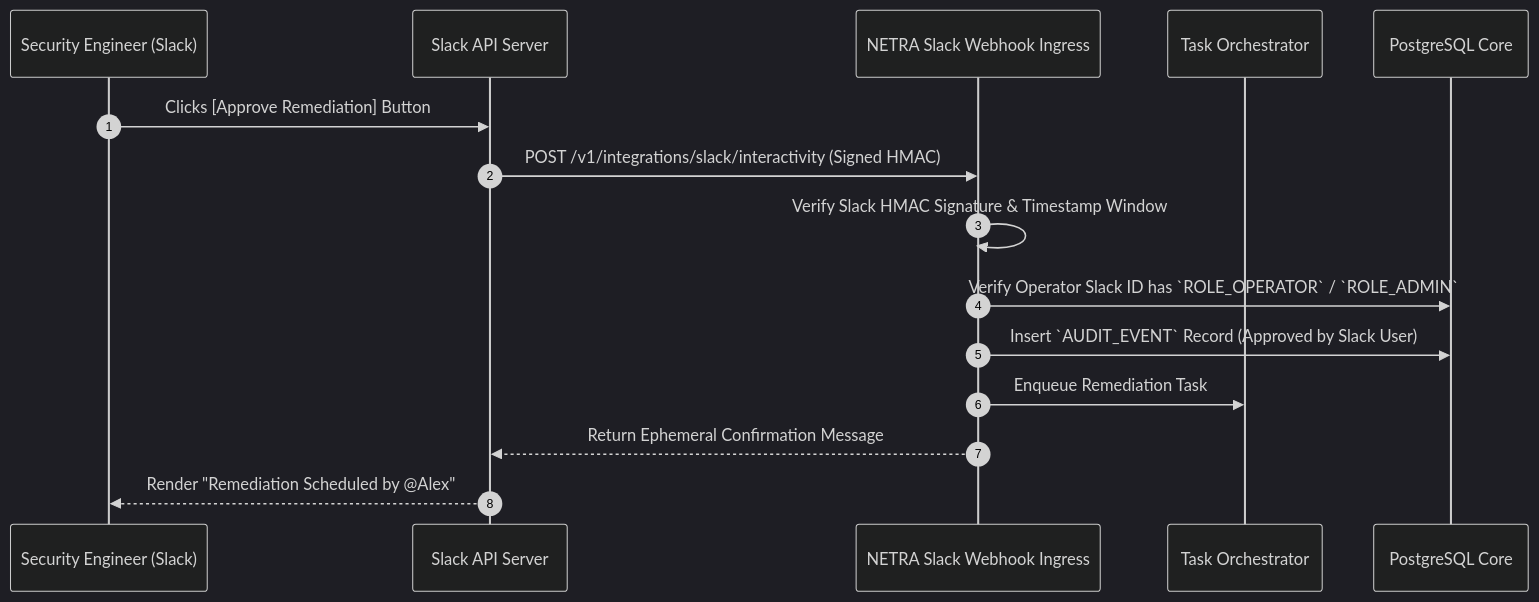
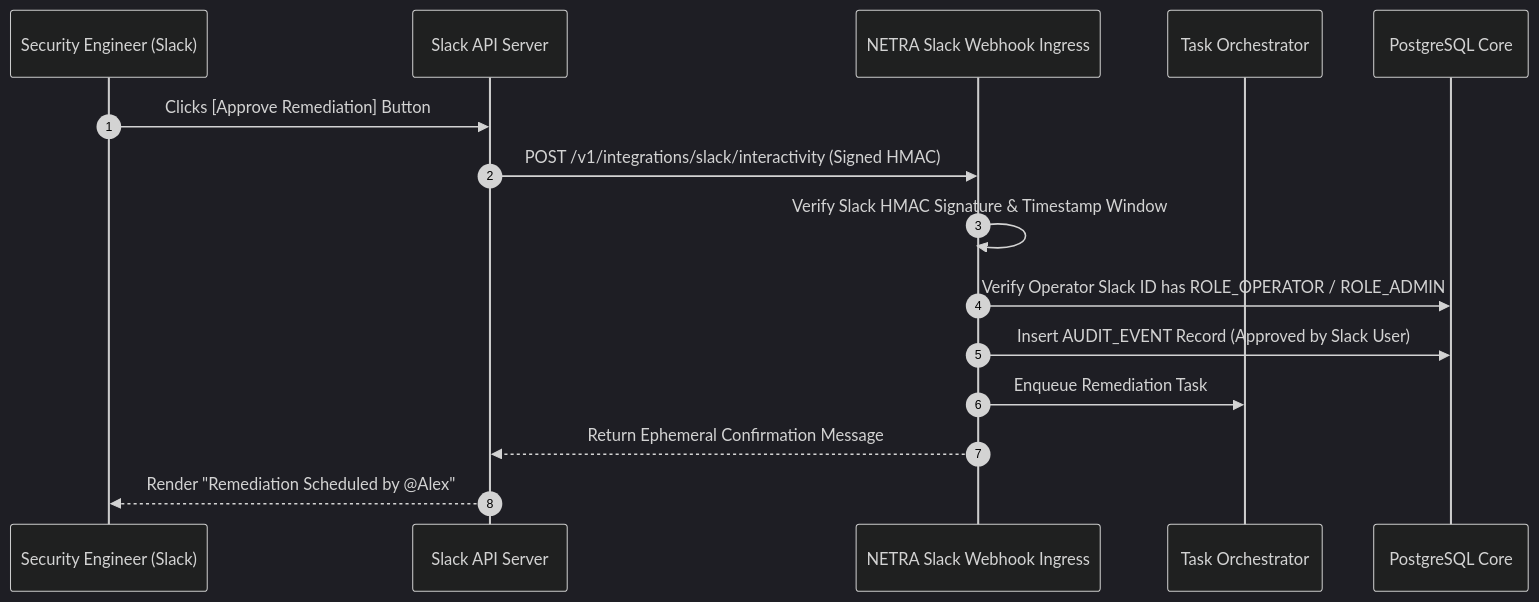
Before and after one commit to Subhadip-Paul2006/NETRA-Backend: the second of 3 diagrams in docs/SLACK.md, drawn with Mermaid (dark theme). The commit also changed other lines of this file and 14 other files, not shown here.

Commit message:
fix(docs): resolve GitHub Mermaid diagram lexical errors and KaTeX math formatting across all specifications

````diff
--- a/docs/SLACK.md
+++ b/docs/SLACK.md
@@ -95,18 +95,18 @@
 ```mermaid
 sequenceDiagram
     autonumber
     participant Operator as Security Engineer (Slack)
     participant SlackAPI as Slack API Server
     participant Gateway as NETRA Slack Webhook Ingress
     participant TaskOrch as Task Orchestrator
     participant DB as PostgreSQL Core
 
     Operator->>SlackAPI: Clicks [Approve Remediation] Button
     SlackAPI->>Gateway: POST /v1/integrations/slack/interactivity (Signed HMAC)
     Gateway->>Gateway: Verify Slack HMAC Signature & Timestamp Window
-    Gateway->>DB: Verify Operator Slack ID has `ROLE_OPERATOR` / `ROLE_ADMIN`
-    Gateway->>DB: Insert `AUDIT_EVENT` Record (Approved by Slack User)
+    Gateway->>DB: Verify Operator Slack ID has ROLE_OPERATOR / ROLE_ADMIN
+    Gateway->>DB: Insert AUDIT_EVENT Record (Approved by Slack User)
     Gateway->>TaskOrch: Enqueue Remediation Task
     Gateway-->>SlackAPI: Return Ephemeral Confirmation Message
     SlackAPI-->>Operator: Render "Remediation Scheduled by @Alex"
 ```
````
